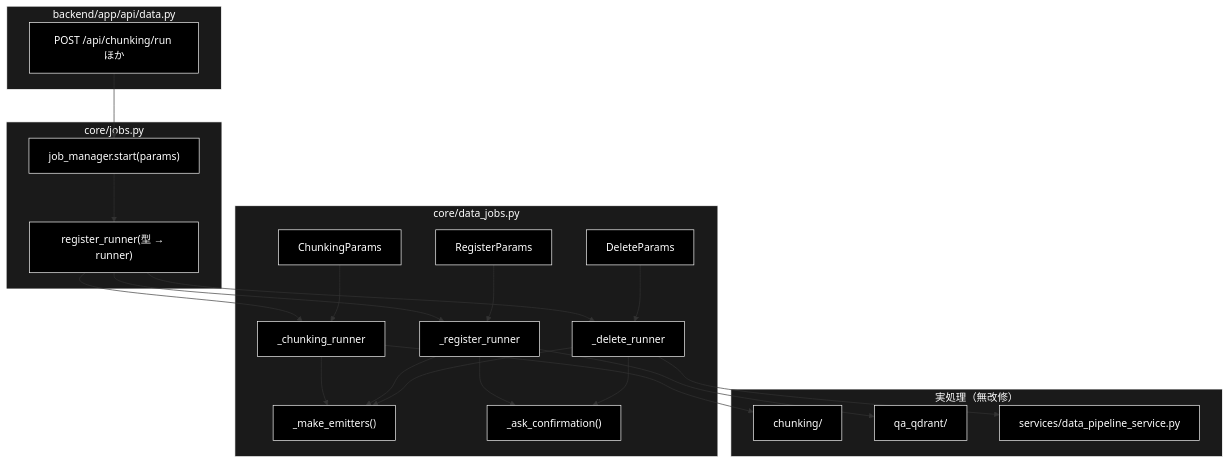
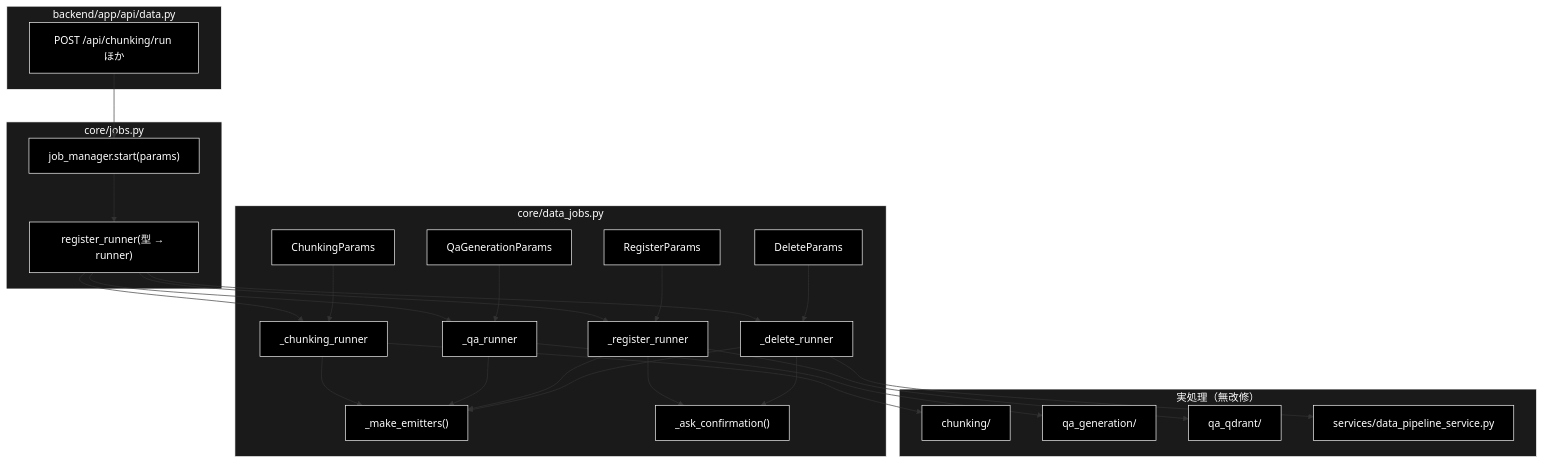
The diagram in backend/docs/core_data_jobs.md (nakashima2toshio/grace_v2), drawn with Mermaid before and after one commit. The commit also changed other lines of this file and 21 other files, not shown here.

````diff
--- a/backend/docs/core_data_jobs.md
+++ b/backend/docs/core_data_jobs.md
@@ -78,52 +79,59 @@
 ```mermaid
 flowchart TB
     subgraph API2["backend/app/api/data.py"]
         POST["POST /api/chunking/run ほか"]
     end
 
     subgraph JOBS["core/jobs.py"]
         JM["job_manager.start(params)"]
         REG["register_runner(型 → runner)"]
     end
 
     subgraph THIS["core/data_jobs.py"]
         CP["ChunkingParams"]
+        QP["QaGenerationParams"]
         RP["RegisterParams"]
         DP["DeleteParams"]
         CR["_chunking_runner"]
+        QR["_qa_runner"]
         RR["_register_runner"]
         DR["_delete_runner"]
         EMIT["_make_emitters()"]
         ASK["_ask_confirmation()"]
     end
 
     subgraph EXT2["実処理（無改修）"]
         CHUNKPKG["chunking/"]
+        QAGPKG["qa_generation/"]
         QAQPKG["qa_qdrant/"]
         DPS2["services/data_pipeline_service.py"]
     end
 
     POST --> JM
     JM --> REG
     REG --> CR
+    REG --> QR
     REG --> RR
     REG --> DR
     CP --> CR
+    QP --> QR
     RP --> RR
     DP --> DR
     CR --> EMIT
+    QR --> EMIT
     RR --> EMIT
     DR --> EMIT
     RR --> ASK
     DR --> ASK
     CR --> CHUNKPKG
+    QR --> QAGPKG
     RR --> QAQPKG
     DR --> DPS2
 classDef default fill:#000,stroke:#fff,color:#fff
 classDef subgraphStyle fill:#1a1a1a,stroke:#fff,color:#fff
-class POST,JM,REG,CP,RP,DP,CR,RR,DR,EMIT,ASK,CHUNKPKG,QAQPKG,DPS2 default
+class POST,JM,REG,CP,QP,RP,DP,CR,QR,RR,DR,EMIT,ASK,CHUNKPKG,QAGPKG,QAQPKG,DPS2 default
 style API2 fill:#1a1a1a,stroke:#fff,color:#fff
 style JOBS fill:#1a1a1a,stroke:#fff,color:#fff
 style THIS fill:#1a1a1a,stroke:#fff,color:#fff
 style EXT2 fill:#1a1a1a,stroke:#fff,color:#fff
 ```
````
